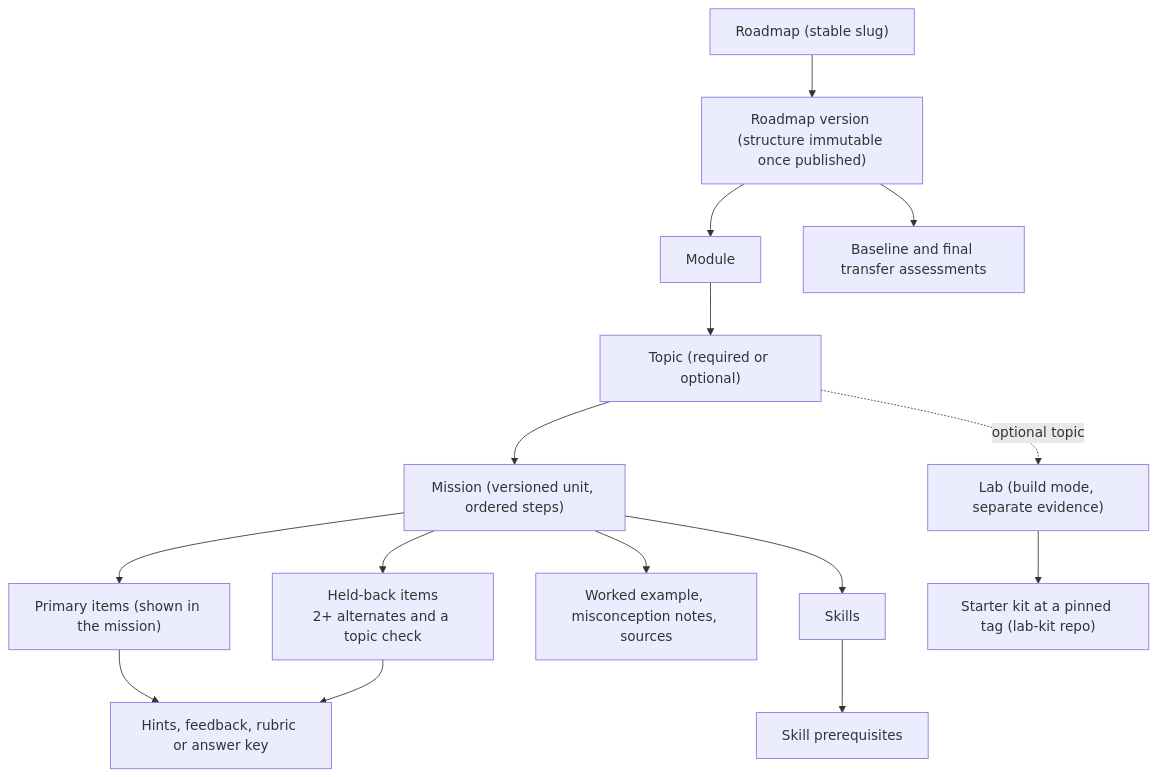
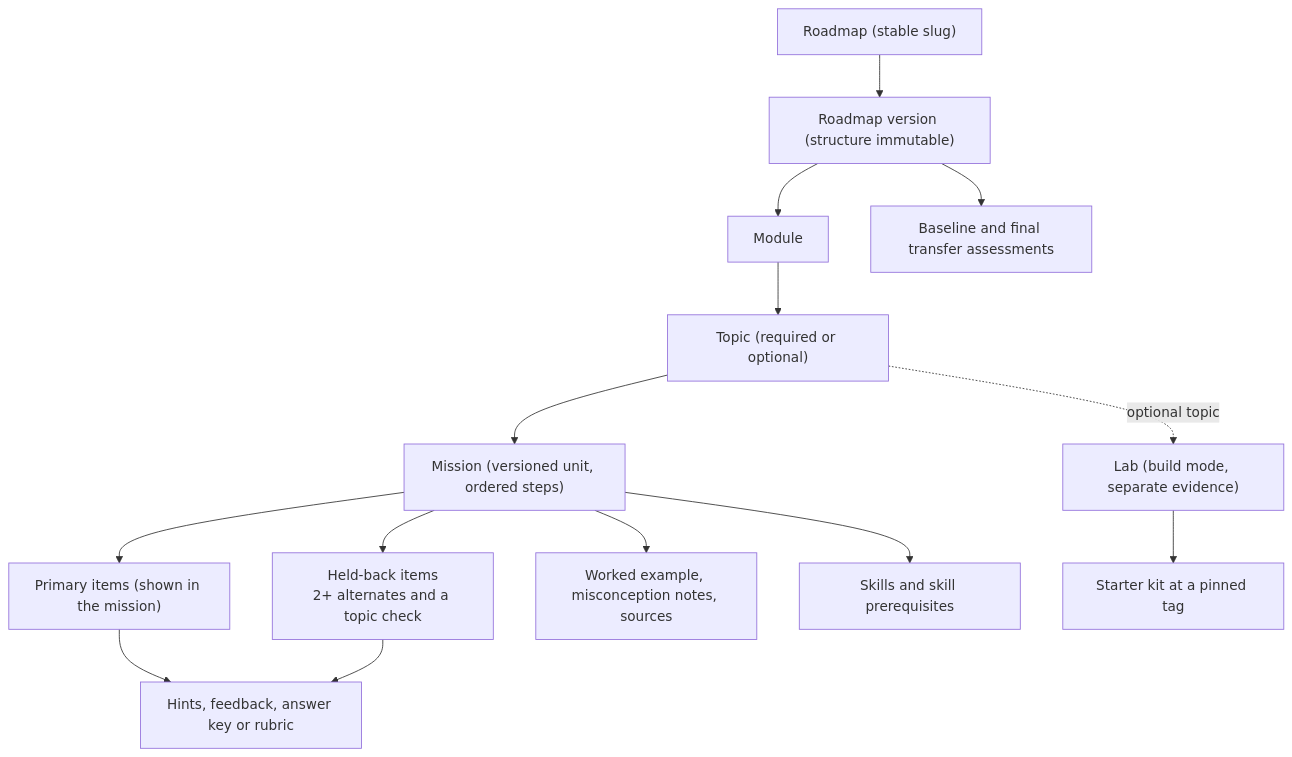
One commit to GhanshyamSoni68/app_idea changed the first of 4 diagrams in devstep/docs/06-content-system.md. Above: the diagram before and after it, drawn with Mermaid. The commit also changed other lines of this file and 2 other files, not shown here.

````diff
--- a/devstep/docs/06-content-system.md
+++ b/devstep/docs/06-content-system.md
@@ -93,17 +82,16 @@
 ```mermaid
 flowchart TD
-  R["Roadmap (stable slug)"] --> RV["Roadmap version (structure immutable once published)"]
+  R["Roadmap (stable slug)"] --> RV["Roadmap version (structure immutable)"]
   RV --> MOD["Module"]
   MOD --> T["Topic (required or optional)"]
   T --> M["Mission (versioned unit, ordered steps)"]
   M --> PI["Primary items (shown in the mission)"]
   M --> HB["Held-back items<br/>2+ alternates and a topic check"]
-  PI --> HF["Hints, feedback, rubric or answer key"]
+  PI --> HF["Hints, feedback, answer key or rubric"]
   HB --> HF
   M --> WE["Worked example, misconception notes, sources"]
   T -.->|optional topic| L["Lab (build mode, separate evidence)"]
-  L --> KIT["Starter kit at a pinned tag (lab-kit repo)"]
-  M --> SK["Skills"]
-  SK --> SP["Skill prerequisites"]
+  L --> KIT["Starter kit at a pinned tag"]
+  M --> SK["Skills and skill prerequisites"]
   RV --> TA["Baseline and final transfer assessments"]
 ```
````
